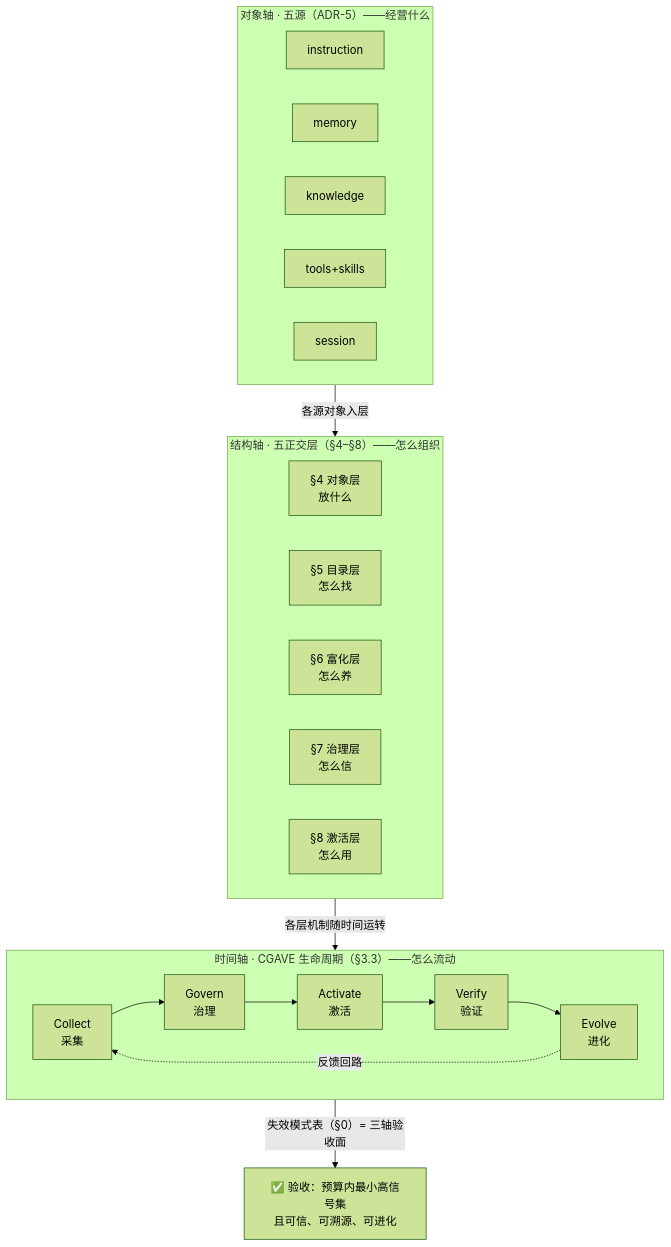
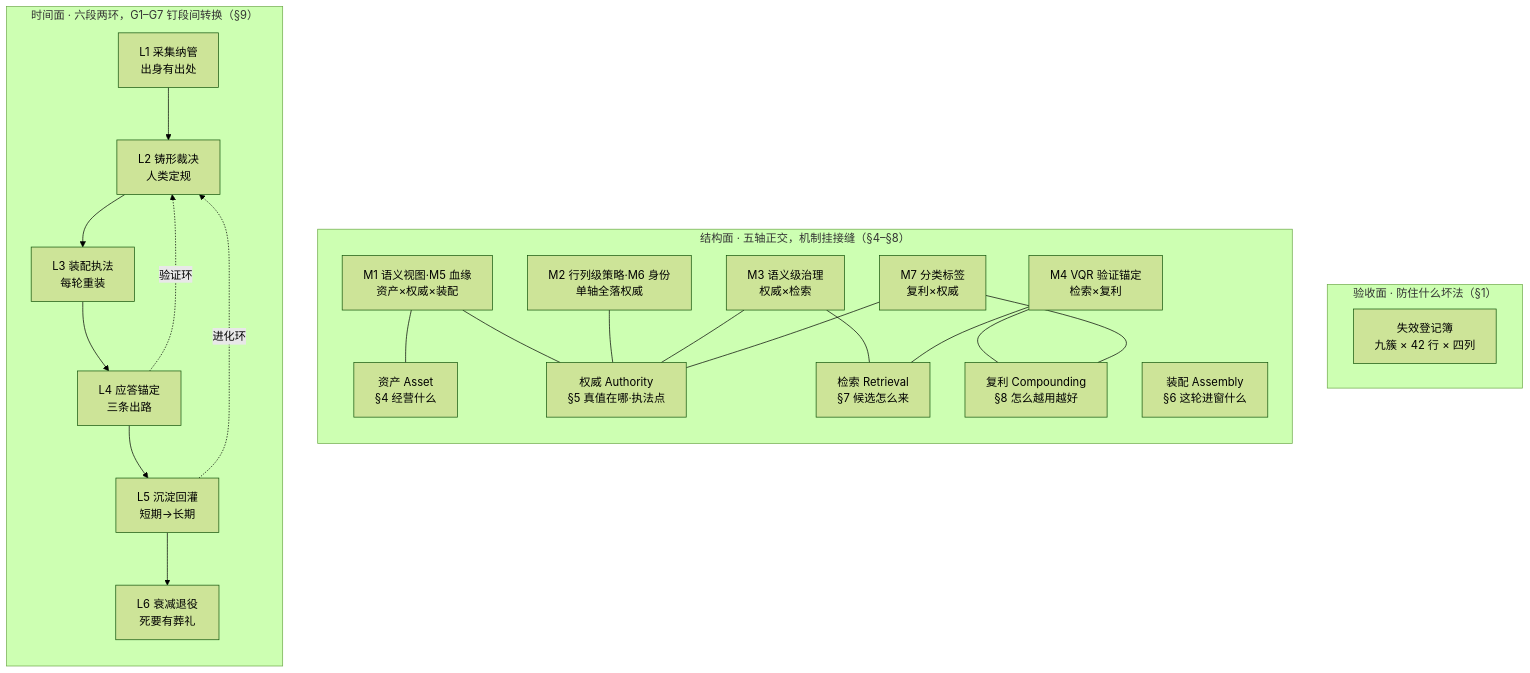
Before and after one commit to ThreeFish-AI/negentropy: the diagram in docs/assets/mermaid/cognitive-context/context-layer-blueprint--architecture.mmd, drawn with Mermaid (forest theme). The commit also changed 324 other files, not shown here.

First line of the commit message:
Horizon Context 精读换代 + 013 Context Layer 蓝图三面重铸 + E1 科普视频完全重制 (#1180)

```diff
--- a/docs/assets/mermaid/cognitive-context/context-layer-blueprint--architecture.mmd
+++ b/docs/assets/mermaid/cognitive-context/context-layer-blueprint--architecture.mmd
@@ -1,34 +1,42 @@
-%%source: docs/research/cognitive-context/013-context-layer-blueprint.md §3 总体架构：三轴蓝图（ADR-4 对象轴×结构轴×时间轴正交）
+%%source: docs/research/cognitive-context/013-context-layer-blueprint.md §3 总纲：三面蓝图（§3.1 三面各自承重 / §3.3 机制＝接缝 / §3.4 六段两环）
 %%slug: cognitive-context/context-layer-blueprint--architecture
 %%type: architecture
-%%derived: archify architecture v2, redesigned from v1 (五正交层单轴 → 三轴正交；v1 见 git 史)
+%%derived: archify architecture v3, redesigned from v2（三轴顺序链 → 三面独立承重：验收面登记簿九簇 × 结构面五轴+M1–M7 接缝挂件 × 时间面 L1–L6 六段+验证环/进化环两回边；v2 见 git 史）
 flowchart TB
-    subgraph OBJAXIS["对象轴 · 五源（ADR-5）——经营什么"]
-        direction LR
-        O1["instruction"]
-        O2["memory"]
-        O3["knowledge"]
-        O4["tools+skills"]
-        O5["session"]
+    subgraph FACE1["验收面 · 防住什么坏法（§1）"]
+        REG["失效登记簿<br/>九簇 × 42 行 × 四列"]
     end
-    subgraph STRAXIS["结构轴 · 五正交层（§4–§8）——怎么组织"]
-        direction LR
-        L1["§4 对象层<br/>放什么"]
-        L2["§5 目录层<br/>怎么找"]
-        L3["§6 富化层<br/>怎么养"]
-        L4["§7 治理层<br/>怎么信"]
-        L5["§8 激活层<br/>怎么用"]
+    subgraph FACE2["结构面 · 五轴正交，机制挂接缝（§4–§8）"]
+        direction TB
+        A1["资产 Asset<br/>§4 经营什么"]
+        A2["权威 Authority<br/>§5 真值在哪·执法点"]
+        A3["装配 Assembly<br/>§6 这轮进窗什么"]
+        A4["检索 Retrieval<br/>§7 候选怎么来"]
+        A5["复利 Compounding<br/>§8 怎么越用越好"]
+        M15["M1 语义视图·M5 血缘<br/>资产×权威×装配"]
+        M26["M2 行列级策略·M6 身份<br/>单轴全落权威"]
+        M3["M3 语义级治理<br/>权威×检索"]
+        M4["M4 VQR 验证锚定<br/>检索×复利"]
+        M7["M7 分类标签<br/>复利×权威"]
+        M15 --- A1
+        M15 --- A2
+        M26 --- A2
+        M3 --- A2
+        M3 --- A4
+        M4 --- A4
+        M4 --- A5
+        M7 --- A5
+        M7 --- A2
     end
-    subgraph TIMEAXIS["时间轴 · CGAVE 生命周期（§3.3）——怎么流动"]
-        direction LR
-        T1["Collect<br/>采集"]
-        T2["Govern<br/>治理"]
-        T3["Activate<br/>激活"]
-        T4["Verify<br/>验证"]
-        T5["Evolve<br/>进化"]
-        T1 --> T2 --> T3 --> T4 --> T5
-        T5 -.->|"反馈回路"| T1
+    subgraph FACE3["时间面 · 六段两环，G1–G7 钉段间转换（§9）"]
+        direction TB
+        L1["L1 采集纳管<br/>出身有出处"]
+        L2["L2 铸形裁决<br/>人类定规"]
+        L3["L3 装配执法<br/>每轮重装"]
+        L4["L4 应答锚定<br/>三条出路"]
+        L5["L5 沉淀回灌<br/>短期→长期"]
+        L6["L6 衰减退役<br/>死要有葬礼"]
+        L1 --> L2 --> L3 --> L4 --> L5 --> L6
+        L4 -.->|"验证环"| L2
+        L5 -.->|"进化环"| L2
     end
-    OBJAXIS -->|"各源对象入层"| STRAXIS
-    STRAXIS -->|"各层机制随时间运转"| TIMEAXIS
-    TIMEAXIS -->|"失效模式表（§0）= 三轴验收面"| V["✅ 验收：预算内最小高信号集<br/>且可信、可溯源、可进化"]
```
